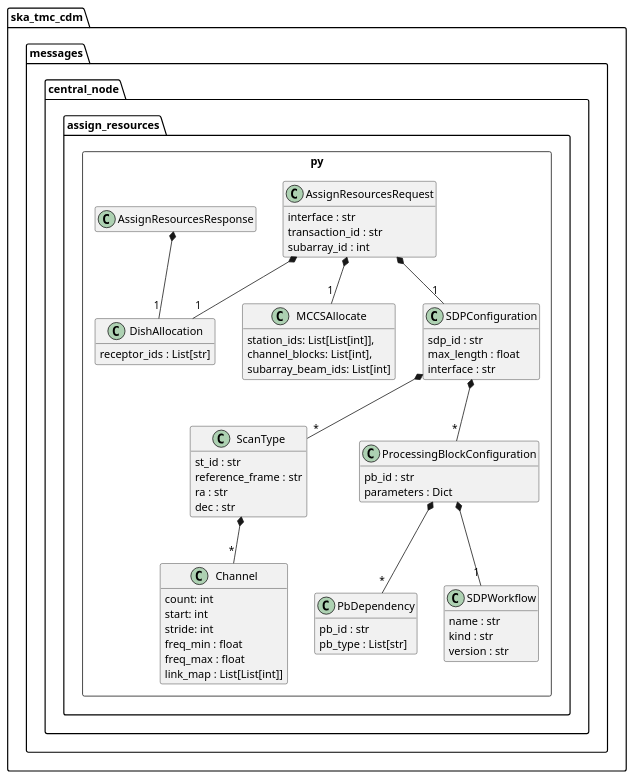
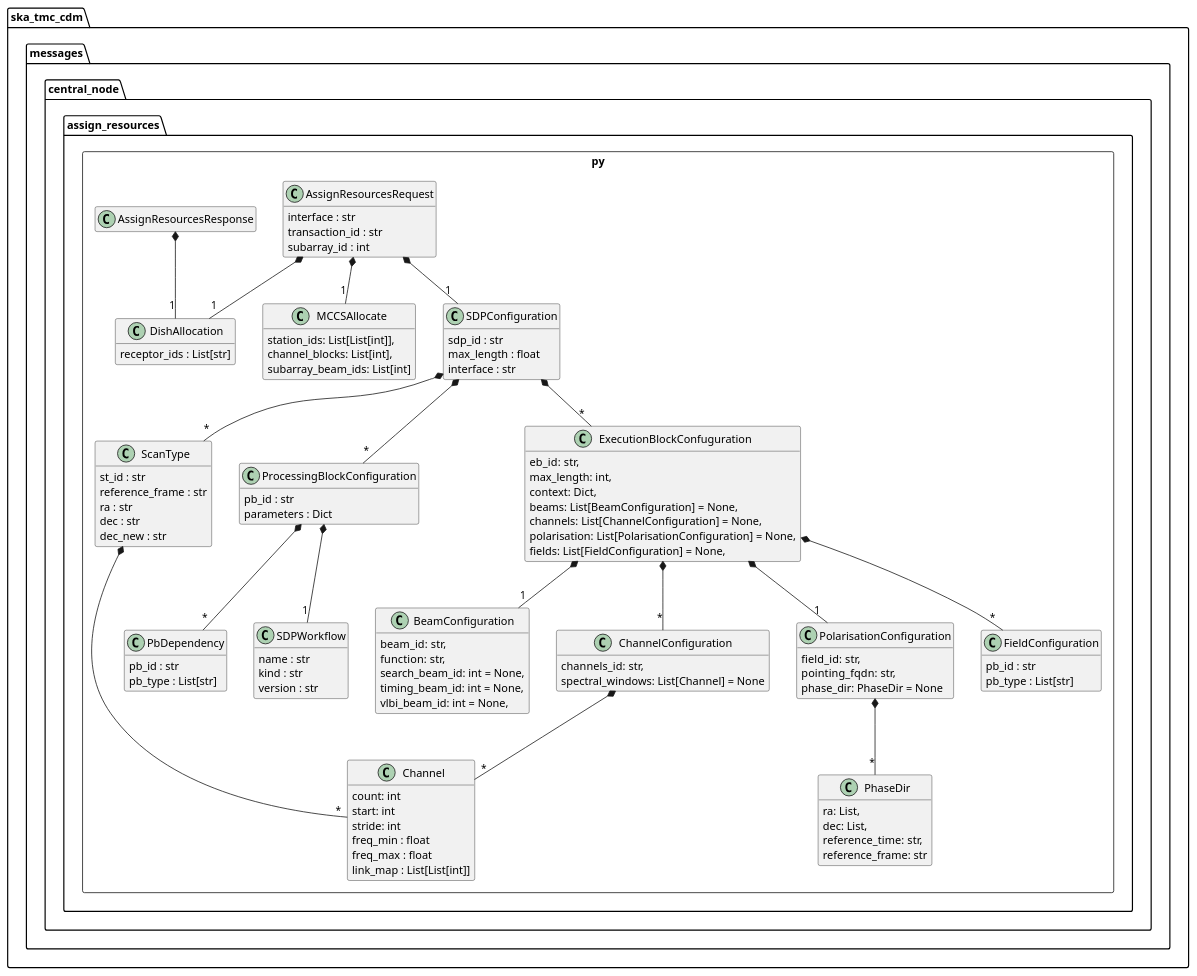
The diagram in docs/src/developer/centralnode/assignresources.puml (ska-telescope/cdm-shared-library), drawn with PlantUML before and after one commit. The commit also changed 4 other files, not shown here.

```diff
--- a/docs/src/developer/centralnode/assignresources.puml
+++ b/docs/src/developer/centralnode/assignresources.puml
@@ -1,74 +1,118 @@
 @startuml
 hide empty members
 
 package ska_tmc_cdm.messages.central_node {
     package assign_resources.py <<Rectangle>> {
         class DishAllocation {
             receptor_ids : List[str]
         }
 
         class MCCSAllocate {
             station_ids: List[List[int]],
             channel_blocks: List[int],
             subarray_beam_ids: List[int]
         }
 
         class Channel {
             count: int
             start: int
             stride: int
             freq_min : float
             freq_max : float
             link_map : List[List[int]]
         }
 
         class ScanType {
             st_id : str
             reference_frame : str
             ra : str
             dec : str
+            dec_new : str
         }
         ScanType *-- "*" Channel
 
         class PbDependency {
             pb_id : str
             pb_type : List[str]
         }
-
+        class PhaseDir {
+            ra: List,
+            dec: List, 
+            reference_time: str, 
+            reference_frame: str
+        }
+        class BeamConfiguration {
+            beam_id: str,
+            function: str,
+            search_beam_id: int = None,
+            timing_beam_id: int = None,
+            vlbi_beam_id: int = None,
+        }
+        class ChannelConfiguration {
+            channels_id: str, 
+            spectral_windows: List[Channel] = None
+            
+        }
+        ChannelConfiguration  *-- "*" Channel
+        class PolarisationConfiguration {
+            field_id: str, 
+            pointing_fqdn: str, 
+            phase_dir: PhaseDir = None
+        }
+        PolarisationConfiguration  *-- "*" PhaseDir
+        class FieldConfiguration {
+            pb_id : str
+            pb_type : List[str]
+        }
         class SDPWorkflow {
             name : str
             kind : str
             version : str
         }
 
         class ProcessingBlockConfiguration {
             pb_id : str
             parameters : Dict
         }
         ProcessingBlockConfiguration  *-- "1" SDPWorkflow
         ProcessingBlockConfiguration  *-- "*" PbDependency
 
+        class ExecutionBlockConfuguration {
+            eb_id: str,
+            max_length: int,
+            context: Dict,
+            beams: List[BeamConfiguration] = None,
+            channels: List[ChannelConfiguration] = None,
+            polarisation: List[PolarisationConfiguration] = None,
+            fields: List[FieldConfiguration] = None,
+        }
+        ExecutionBlockConfuguration  *-- "1" BeamConfiguration
+        ExecutionBlockConfuguration  *-- "*" ChannelConfiguration
+        ExecutionBlockConfuguration  *-- "1" PolarisationConfiguration
+        ExecutionBlockConfuguration  *-- "*" FieldConfiguration
+
         class SDPConfiguration {
             sdp_id : str
             max_length : float
             interface : str
         }
         SDPConfiguration *-- "*" ScanType
         SDPConfiguration *-- "*" ProcessingBlockConfiguration
+        SDPConfiguration *-- "*" ExecutionBlockConfuguration
 
         class AssignResourcesRequest {
             interface : str
             transaction_id : str
             subarray_id : int
         }
 
         AssignResourcesRequest *-- "1" DishAllocation
         AssignResourcesRequest *-- "1" MCCSAllocate
         AssignResourcesRequest *-- "1" SDPConfiguration
 
         class AssignResourcesResponse
         AssignResourcesResponse *-- "1" DishAllocation
 	}
 }
 
 @enduml
```
